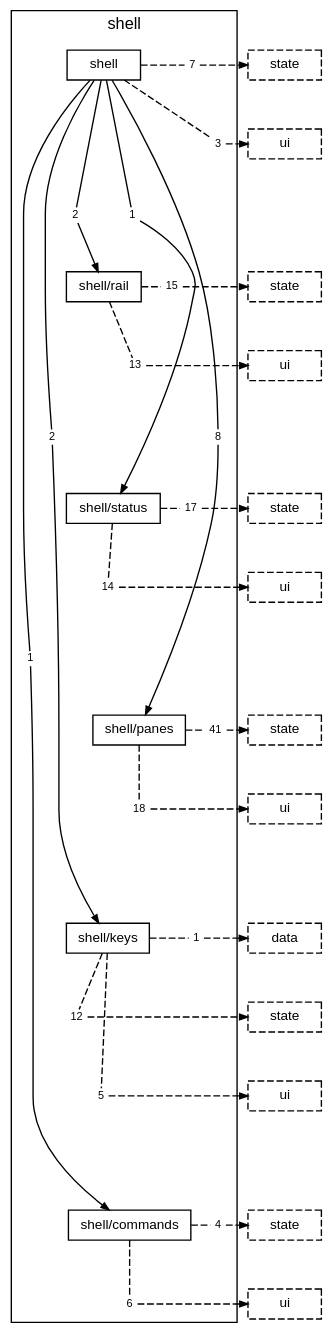
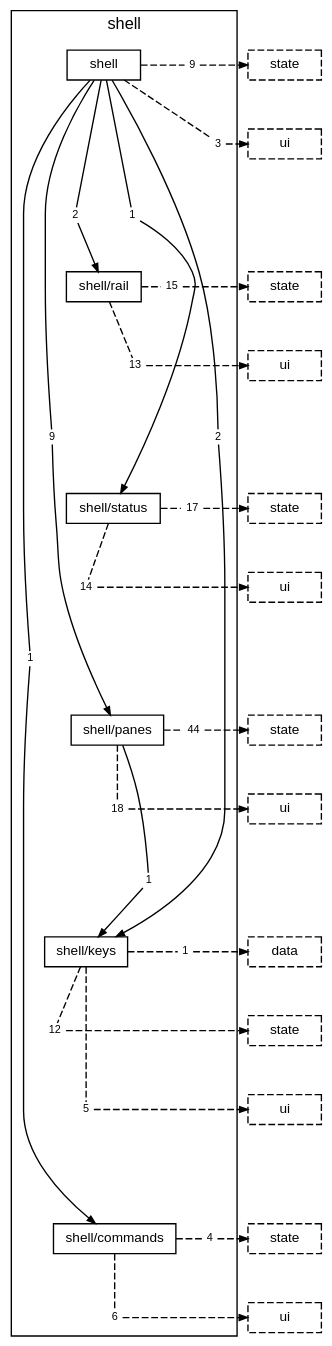
The diagram in docs/diagrams/layer-shell.dot (TheAxeC/oculus), drawn with Graphviz before and after one commit. The commit also changed 132 other files, not shown here.

```diff
--- a/docs/diagrams/layer-shell.dot
+++ b/docs/diagrams/layer-shell.dot
@@ -1,99 +1,102 @@
 digraph layer_shell {
     graph [bgcolor="transparent", rankdir=TB, newrank=true, mclimit=4, fontname="Helvetica,Arial,sans-serif", fontsize=12, nodesep=0.2, ranksep=0.5];
     node [shape=box, color="black", fontcolor="black", fontname="Helvetica,Arial,sans-serif", fontsize=10, height=0.3, margin="0.12,0.04"];
     edge [color="black", fontcolor="black", fontname="Helvetica,Arial,sans-serif", fontsize=8, arrowsize=0.6];
     subgraph "cluster_shell" {
         label="shell"; style=solid;
         "folder shell" [label="shell"];
         "folder shell/rail" [label="shell/rail"];
         "folder shell/status" [label="shell/status"];
         "folder shell/panes" [label="shell/panes"];
         "folder shell/keys" [label="shell/keys"];
         "folder shell/commands" [label="shell/commands"];
         "folder shell to folder shell/commands" [label="1", shape=box, color="transparent", fontsize=8, width=0, height=0, margin="0.04,0.02"];
         "folder shell to folder shell/keys" [label="2", shape=box, color="transparent", fontsize=8, width=0, height=0, margin="0.04,0.02"];
-        "folder shell to folder shell/panes" [label="8", shape=box, color="transparent", fontsize=8, width=0, height=0, margin="0.04,0.02"];
+        "folder shell to folder shell/panes" [label="9", shape=box, color="transparent", fontsize=8, width=0, height=0, margin="0.04,0.02"];
         "folder shell to folder shell/rail" [label="2", shape=box, color="transparent", fontsize=8, width=0, height=0, margin="0.04,0.02"];
         "folder shell to folder shell/status" [label="1", shape=box, color="transparent", fontsize=8, width=0, height=0, margin="0.04,0.02"];
-        "folder shell to layer state" [label="7", shape=box, color="transparent", fontsize=8, width=0, height=0, margin="0.04,0.02"];
+        "folder shell to layer state" [label="9", shape=box, color="transparent", fontsize=8, width=0, height=0, margin="0.04,0.02"];
         "folder shell to layer ui" [label="3", shape=box, color="transparent", fontsize=8, width=0, height=0, margin="0.04,0.02"];
         "folder shell/rail to layer state" [label="15", shape=box, color="transparent", fontsize=8, width=0, height=0, margin="0.04,0.02"];
         "folder shell/rail to layer ui" [label="13", shape=box, color="transparent", fontsize=8, width=0, height=0, margin="0.04,0.02"];
         "folder shell/status to layer state" [label="17", shape=box, color="transparent", fontsize=8, width=0, height=0, margin="0.04,0.02"];
         "folder shell/status to layer ui" [label="14", shape=box, color="transparent", fontsize=8, width=0, height=0, margin="0.04,0.02"];
-        "folder shell/panes to layer state" [label="41", shape=box, color="transparent", fontsize=8, width=0, height=0, margin="0.04,0.02"];
+        "folder shell/panes to folder shell/keys" [label="1", shape=box, color="transparent", fontsize=8, width=0, height=0, margin="0.04,0.02"];
+        "folder shell/panes to layer state" [label="44", shape=box, color="transparent", fontsize=8, width=0, height=0, margin="0.04,0.02"];
         "folder shell/panes to layer ui" [label="18", shape=box, color="transparent", fontsize=8, width=0, height=0, margin="0.04,0.02"];
         "folder shell/keys to layer data" [label="1", shape=box, color="transparent", fontsize=8, width=0, height=0, margin="0.04,0.02"];
         "folder shell/keys to layer state" [label="12", shape=box, color="transparent", fontsize=8, width=0, height=0, margin="0.04,0.02"];
         "folder shell/keys to layer ui" [label="5", shape=box, color="transparent", fontsize=8, width=0, height=0, margin="0.04,0.02"];
         "folder shell/commands to layer state" [label="4", shape=box, color="transparent", fontsize=8, width=0, height=0, margin="0.04,0.02"];
         "folder shell/commands to layer ui" [label="6", shape=box, color="transparent", fontsize=8, width=0, height=0, margin="0.04,0.02"];
     }
     "layer state from folder shell" [label="state", style=dashed];
     "layer ui from folder shell" [label="ui", style=dashed];
     "layer state from folder shell/rail" [label="state", style=dashed];
     "layer ui from folder shell/rail" [label="ui", style=dashed];
     "layer state from folder shell/status" [label="state", style=dashed];
     "layer ui from folder shell/status" [label="ui", style=dashed];
     "layer state from folder shell/panes" [label="state", style=dashed];
     "layer ui from folder shell/panes" [label="ui", style=dashed];
     "layer data from folder shell/keys" [label="data", style=dashed];
     "layer state from folder shell/keys" [label="state", style=dashed];
     "layer ui from folder shell/keys" [label="ui", style=dashed];
     "layer state from folder shell/commands" [label="state", style=dashed];
     "layer ui from folder shell/commands" [label="ui", style=dashed];
     "folder shell" -> "folder shell/rail" [style=invis, weight=10, minlen=3];
     "folder shell/rail" -> "folder shell/status" [style=invis, weight=10, minlen=3];
     "folder shell/status" -> "folder shell/panes" [style=invis, weight=10, minlen=3];
     "folder shell/panes" -> "folder shell/keys" [style=invis, weight=10, minlen=3];
     "folder shell/keys" -> "folder shell/commands" [style=invis, weight=10, minlen=4];
     "folder shell" -> "folder shell to folder shell/commands" [arrowhead=none, minlen=8, weight=10];
     "folder shell to folder shell/commands" -> "folder shell/commands" [];
     "folder shell" -> "folder shell to folder shell/keys" [arrowhead=none, minlen=5, weight=10];
     "folder shell to folder shell/keys" -> "folder shell/keys" [];
     "folder shell" -> "folder shell to folder shell/panes" [arrowhead=none, minlen=5, weight=10];
     "folder shell to folder shell/panes" -> "folder shell/panes" [];
     "folder shell" -> "folder shell to folder shell/rail" [arrowhead=none, minlen=2, weight=10];
     "folder shell to folder shell/rail" -> "folder shell/rail" [];
     "folder shell" -> "folder shell to folder shell/status" [arrowhead=none, minlen=2, weight=10];
     "folder shell to folder shell/status" -> "folder shell/status" [];
     "folder shell" -> "folder shell to layer state" [arrowhead=none, style=dashed];
     "folder shell to layer state" -> "layer state from folder shell" [style=dashed];
     { rank=same; "folder shell"; "folder shell to layer state"; "layer state from folder shell"; }
     "folder shell" -> "folder shell to layer ui" [arrowhead=none, style=dashed, minlen=1, weight=10];
     "folder shell to layer ui" -> "layer ui from folder shell" [style=dashed];
     { rank=same; "folder shell to layer ui"; "layer ui from folder shell"; }
     "folder shell/rail" -> "folder shell/rail to layer state" [arrowhead=none, style=dashed];
     "folder shell/rail to layer state" -> "layer state from folder shell/rail" [style=dashed];
     { rank=same; "folder shell/rail"; "folder shell/rail to layer state"; "layer state from folder shell/rail"; }
     "folder shell/rail" -> "folder shell/rail to layer ui" [arrowhead=none, style=dashed, minlen=1, weight=10];
     "folder shell/rail to layer ui" -> "layer ui from folder shell/rail" [style=dashed];
     { rank=same; "folder shell/rail to layer ui"; "layer ui from folder shell/rail"; }
     "folder shell/status" -> "folder shell/status to layer state" [arrowhead=none, style=dashed];
     "folder shell/status to layer state" -> "layer state from folder shell/status" [style=dashed];
     { rank=same; "folder shell/status"; "folder shell/status to layer state"; "layer state from folder shell/status"; }
     "folder shell/status" -> "folder shell/status to layer ui" [arrowhead=none, style=dashed, minlen=1, weight=10];
     "folder shell/status to layer ui" -> "layer ui from folder shell/status" [style=dashed];
     { rank=same; "folder shell/status to layer ui"; "layer ui from folder shell/status"; }
+    "folder shell/panes" -> "folder shell/panes to folder shell/keys" [arrowhead=none, minlen=2, weight=10];
+    "folder shell/panes to folder shell/keys" -> "folder shell/keys" [];
     "folder shell/panes" -> "folder shell/panes to layer state" [arrowhead=none, style=dashed];
     "folder shell/panes to layer state" -> "layer state from folder shell/panes" [style=dashed];
     { rank=same; "folder shell/panes"; "folder shell/panes to layer state"; "layer state from folder shell/panes"; }
     "folder shell/panes" -> "folder shell/panes to layer ui" [arrowhead=none, style=dashed, minlen=1, weight=10];
     "folder shell/panes to layer ui" -> "layer ui from folder shell/panes" [style=dashed];
     { rank=same; "folder shell/panes to layer ui"; "layer ui from folder shell/panes"; }
     "folder shell/keys" -> "folder shell/keys to layer data" [arrowhead=none, style=dashed];
     "folder shell/keys to layer data" -> "layer data from folder shell/keys" [style=dashed];
     { rank=same; "folder shell/keys"; "folder shell/keys to layer data"; "layer data from folder shell/keys"; }
     "folder shell/keys" -> "folder shell/keys to layer state" [arrowhead=none, style=dashed, minlen=1, weight=10];
     "folder shell/keys to layer state" -> "layer state from folder shell/keys" [style=dashed];
     { rank=same; "folder shell/keys to layer state"; "layer state from folder shell/keys"; }
     "folder shell/keys" -> "folder shell/keys to layer ui" [arrowhead=none, style=dashed, minlen=2, weight=10];
     "folder shell/keys to layer ui" -> "layer ui from folder shell/keys" [style=dashed];
     { rank=same; "folder shell/keys to layer ui"; "layer ui from folder shell/keys"; }
     "folder shell/commands" -> "folder shell/commands to layer state" [arrowhead=none, style=dashed];
     "folder shell/commands to layer state" -> "layer state from folder shell/commands" [style=dashed];
     { rank=same; "folder shell/commands"; "folder shell/commands to layer state"; "layer state from folder shell/commands"; }
     "folder shell/commands" -> "folder shell/commands to layer ui" [arrowhead=none, style=dashed, minlen=1, weight=10];
     "folder shell/commands to layer ui" -> "layer ui from folder shell/commands" [style=dashed];
     { rank=same; "folder shell/commands to layer ui"; "layer ui from folder shell/commands"; }
 }
```
